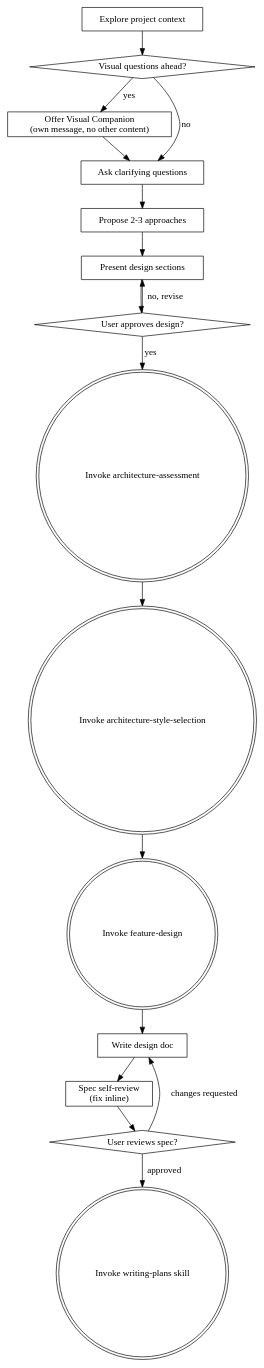
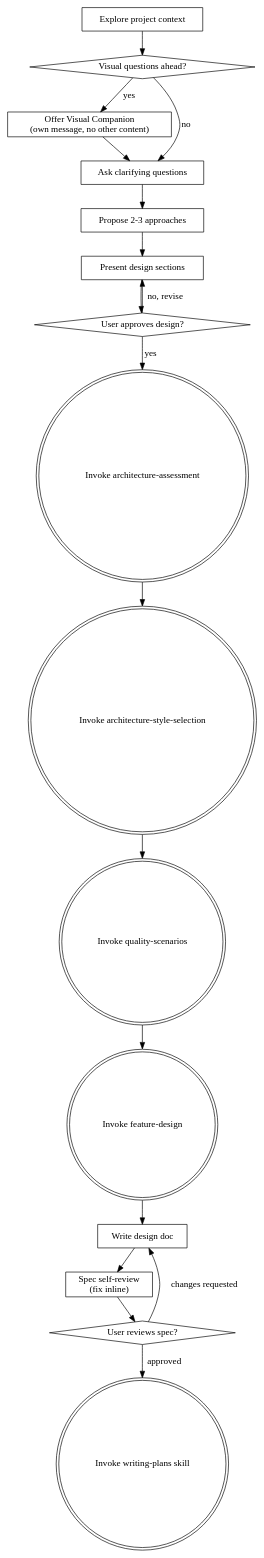
The diagram in skills/brainstorming/SKILL.md (florian23/superflowers), drawn with Graphviz before and after one commit. The commit also changed other lines of this file and 20 other files, not shown here.

First line of the commit message:
Integrate quality-scenarios into workflow and add integration evals

````diff
--- a/skills/brainstorming/SKILL.md
+++ b/skills/brainstorming/SKILL.md
@@ -39,36 +39,38 @@
 ```dot
 digraph brainstorming {
     "Explore project context" [shape=box];
     "Visual questions ahead?" [shape=diamond];
     "Offer Visual Companion\n(own message, no other content)" [shape=box];
     "Ask clarifying questions" [shape=box];
     "Propose 2-3 approaches" [shape=box];
     "Present design sections" [shape=box];
     "User approves design?" [shape=diamond];
     "Write design doc" [shape=box];
     "Spec self-review\n(fix inline)" [shape=box];
     "User reviews spec?" [shape=diamond];
     "Invoke writing-plans skill" [shape=doublecircle];
 
     "Explore project context" -> "Visual questions ahead?";
     "Visual questions ahead?" -> "Offer Visual Companion\n(own message, no other content)" [label="yes"];
     "Visual questions ahead?" -> "Ask clarifying questions" [label="no"];
     "Offer Visual Companion\n(own message, no other content)" -> "Ask clarifying questions";
     "Ask clarifying questions" -> "Propose 2-3 approaches";
     "Propose 2-3 approaches" -> "Present design sections";
     "Present design sections" -> "User approves design?";
     "User approves design?" -> "Present design sections" [label="no, revise"];
     "Invoke architecture-assessment" [shape=doublecircle];
     "Invoke feature-design" [shape=doublecircle];
 
     "User approves design?" -> "Invoke architecture-assessment" [label="yes"];
     "Invoke architecture-style-selection" [shape=doublecircle];
     "Invoke architecture-assessment" -> "Invoke architecture-style-selection";
-    "Invoke architecture-style-selection" -> "Invoke feature-design";
+    "Invoke quality-scenarios" [shape=doublecircle];
+    "Invoke architecture-style-selection" -> "Invoke quality-scenarios";
+    "Invoke quality-scenarios" -> "Invoke feature-design";
     "Invoke feature-design" -> "Write design doc";
     "Write design doc" -> "Spec self-review\n(fix inline)";
     "Spec self-review\n(fix inline)" -> "User reviews spec?";
     "User reviews spec?" -> "Write design doc" [label="changes requested"];
     "User reviews spec?" -> "Invoke writing-plans skill" [label="approved"];
 }
 ```
````
